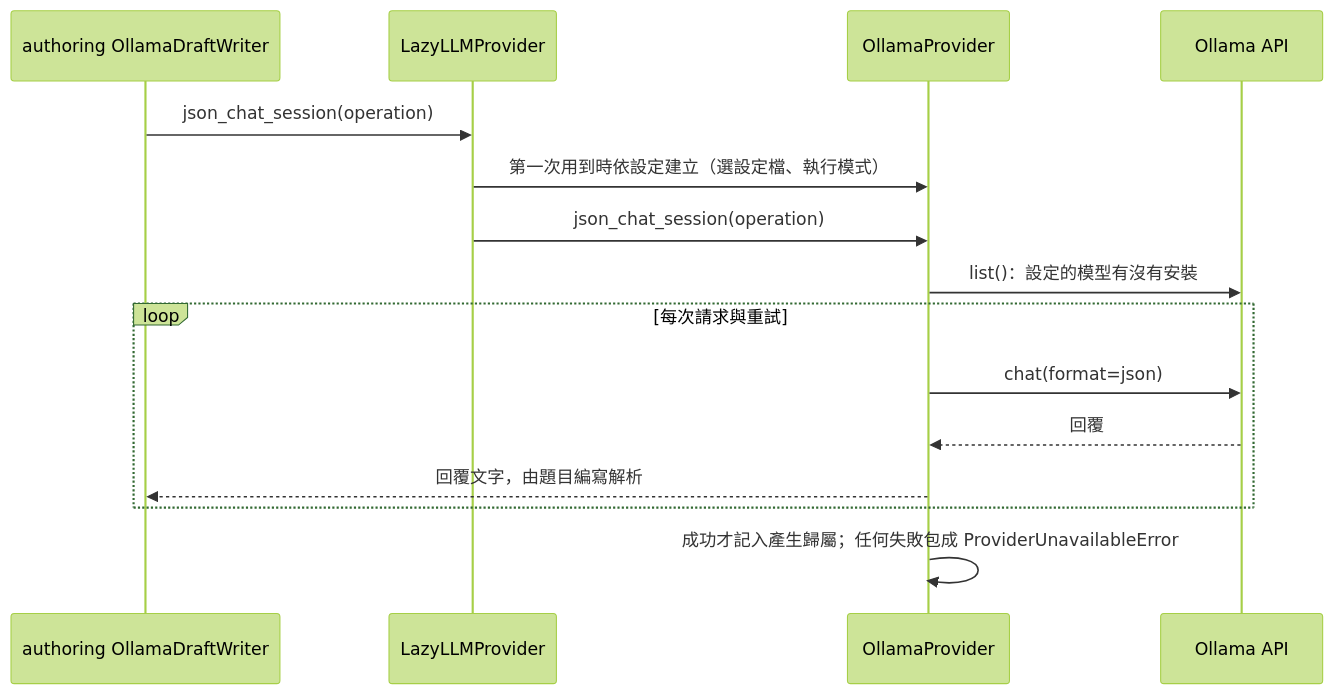
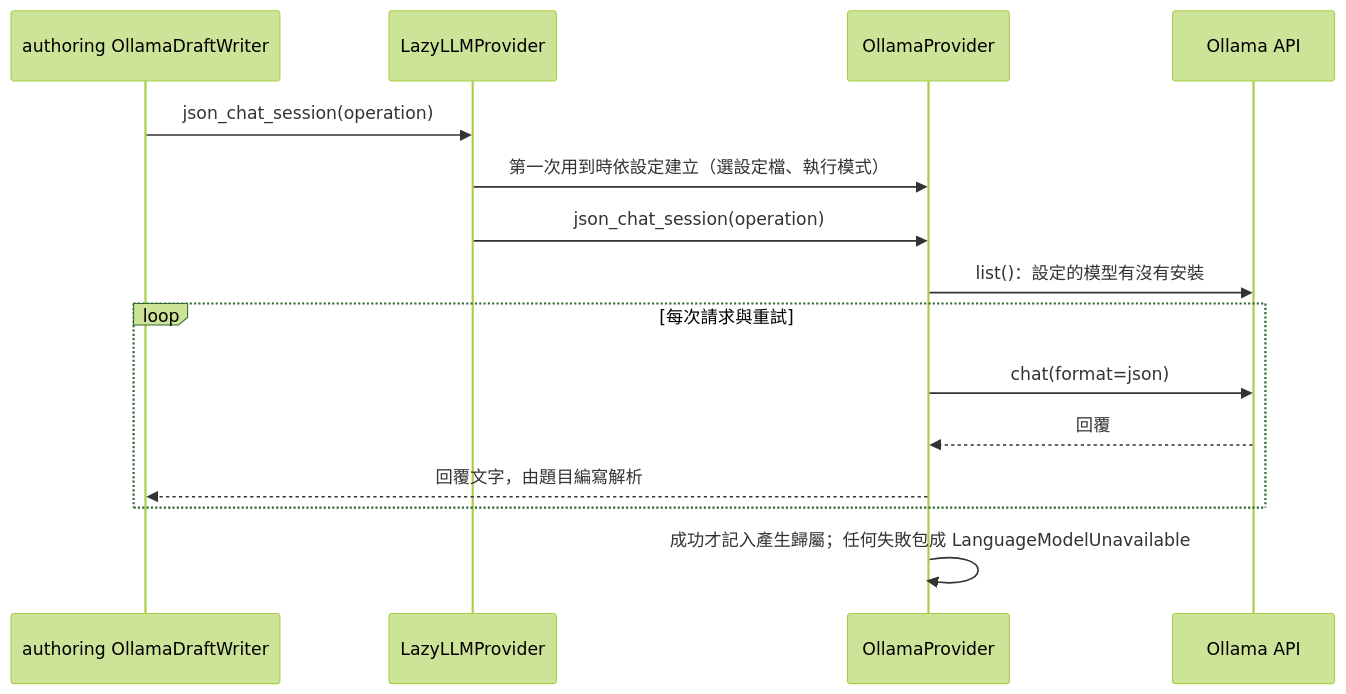
Before and after one commit to WodenWang820118/cert-prep: the second of 2 diagrams in docs/domain/ai_providers.md, drawn with Mermaid (forest theme). The commit also changed other lines of this file and 227 other files, not shown here.

````diff
--- a/docs/domain/ai_providers.md
+++ b/docs/domain/ai_providers.md
@@ -113,17 +113,17 @@
 ```mermaid
 sequenceDiagram
   participant Writer as authoring OllamaDraftWriter
   participant Lazy as LazyLLMProvider
   participant Ollama as OllamaProvider
   participant Client as Ollama API
   Writer->>Lazy: json_chat_session(operation)
   Lazy->>Ollama: 第一次用到時依設定建立（選設定檔、執行模式）
   Lazy->>Ollama: json_chat_session(operation)
   Ollama->>Client: list()：設定的模型有沒有安裝
   loop 每次請求與重試
     Ollama->>Client: chat(format=json)
     Client-->>Ollama: 回覆
     Ollama-->>Writer: 回覆文字，由題目編寫解析
   end
-  Ollama->>Ollama: 成功才記入產生歸屬；任何失敗包成 ProviderUnavailableError
+  Ollama->>Ollama: 成功才記入產生歸屬；任何失敗包成 LanguageModelUnavailable
 ```
````
